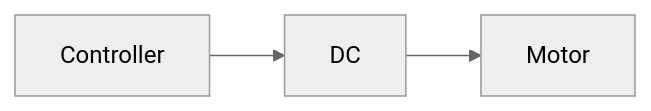
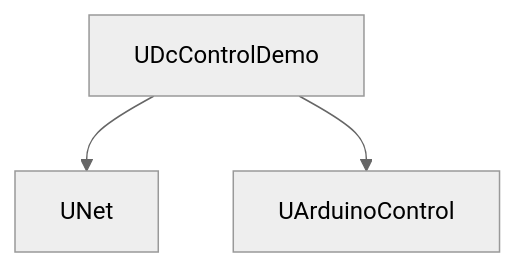
The tenth of 10 diagrams in Docs/Components/DC.md (aicommunity/Rdk-HardwareLib), drawn with Mermaid (neutral theme) before and after one commit. The commit also changed other lines of this file and 4 other files, not shown here.

````diff
--- a/Docs/Components/DC.md
+++ b/Docs/Components/DC.md
@@ -20,5 +571,5 @@
 ```mermaid
-flowchart LR
-    ctrl[Controller] --> dc[DC]
-    dc --> motor[Motor]
+graph TB
+    DcControl[UDcControlDemo] --> UNet[UNet]
+    DcControl --> ArduinoControl[UArduinoControl]
 ```
````
